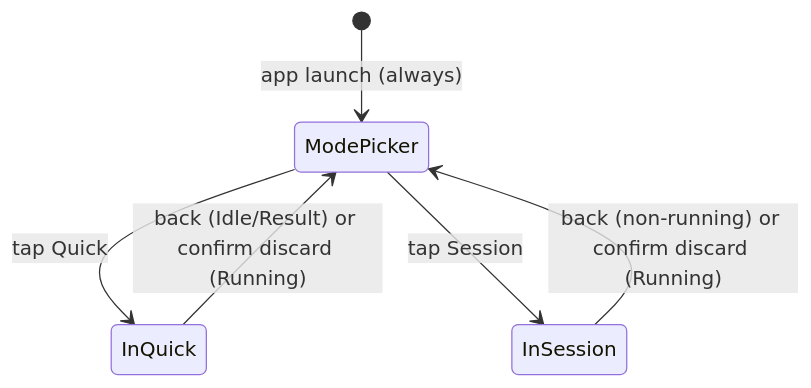
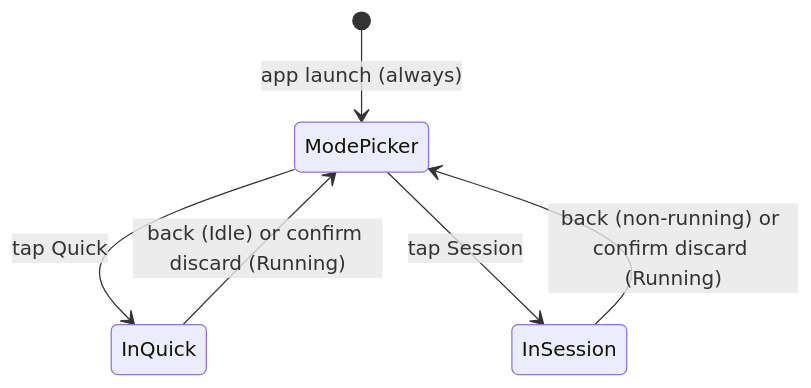
Before and after one commit to pvtvv/climber-app: the second of 3 diagrams in docs/sdlc/FEATURE/climberapp-measurement-mode-entry.md, drawn with Mermaid. The commit also changed other lines of this file and 99 other files, not shown here.

````diff
--- a/docs/sdlc/FEATURE/climberapp-measurement-mode-entry.md
+++ b/docs/sdlc/FEATURE/climberapp-measurement-mode-entry.md
@@ -397,8 +397,8 @@
 ```mermaid
 stateDiagram-v2
     [*] --> ModePicker: app launch (always)
     ModePicker --> InQuick: tap Quick
     ModePicker --> InSession: tap Session
-    InQuick --> ModePicker: back (Idle/Result) or confirm discard (Running)
+    InQuick --> ModePicker: back (Idle) or confirm discard (Running)
     InSession --> ModePicker: back (non-running) or confirm discard (Running)
 ```
````
